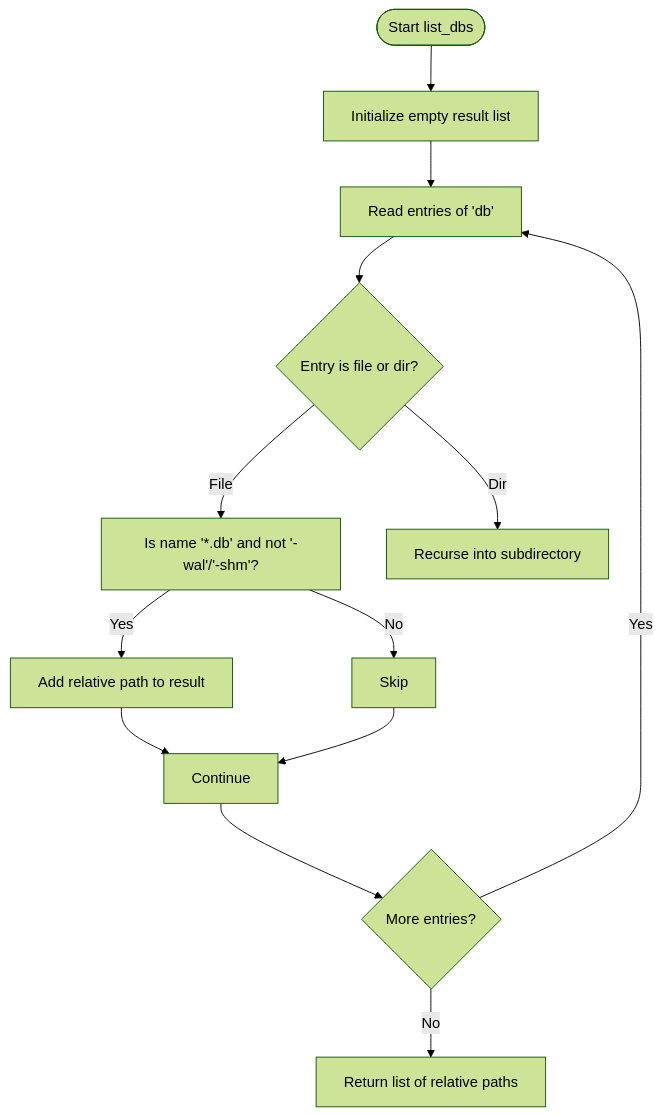
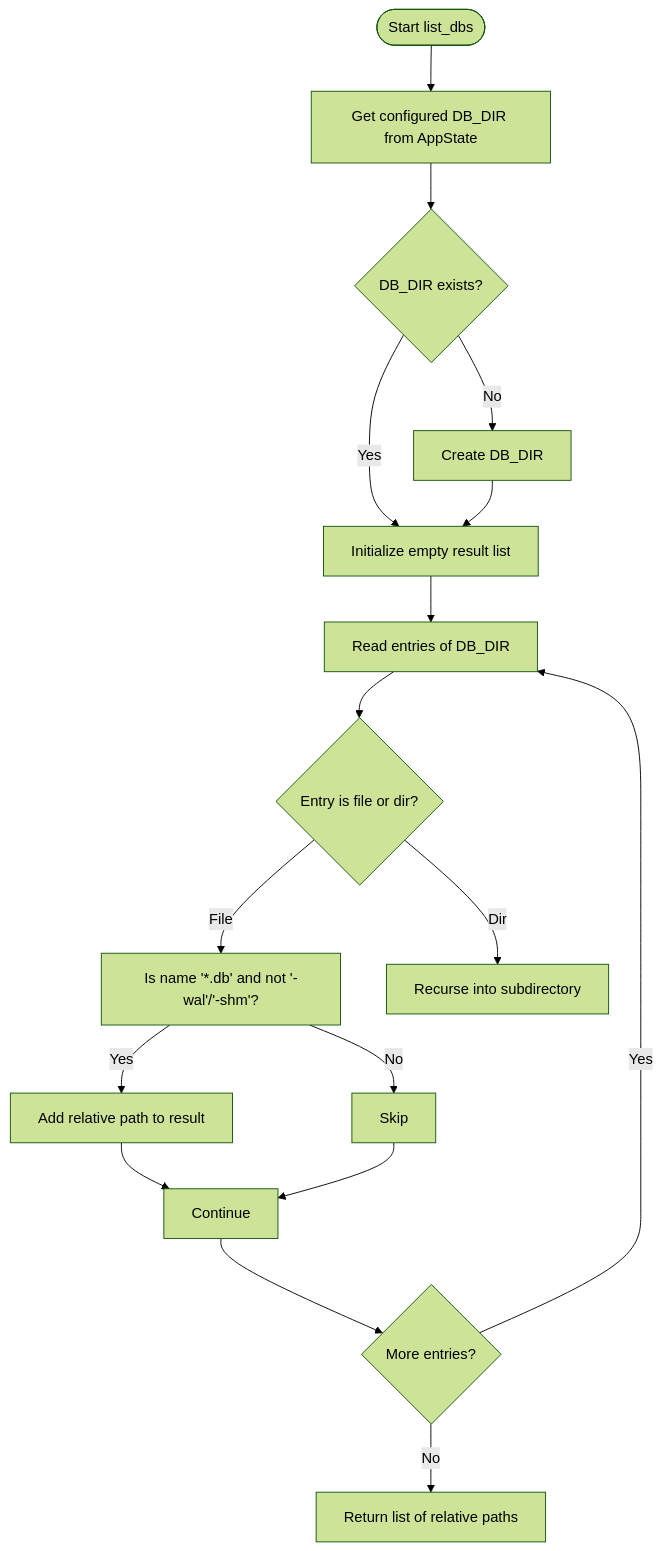
The fourth of 8 diagrams in .qoder/repowiki/en/content/Backend Development/Database Layer & Connection Management.md (sutanto1010/crablite), drawn with Mermaid (forest theme) before and after one commit. The commit also changed other lines of this file and 47 other files, not shown here.

````diff
--- a/.qoder/repowiki/en/content/Backend Development/Database Layer & Connection Management.md
+++ b/.qoder/repowiki/en/content/Backend Development/Database Layer & Connection Management.md
@@ -160,15 +177,19 @@
 ```mermaid
 flowchart TD
-S(["Start list_dbs"]) --> Init["Initialize empty result list"]
-Init --> ReadDir["Read entries of 'db'"]
+S(["Start list_dbs"]) --> GetDBDir["Get configured DB_DIR from AppState"]
+GetDBDir --> CheckDBDir{"DB_DIR exists?"}
+CheckDBDir --> |No| CreateDBDir["Create DB_DIR"]
+CheckDBDir --> |Yes| Init["Initialize empty result list"]
+CreateDBDir --> Init
+Init --> ReadDir["Read entries of DB_DIR"]
 ReadDir --> ForEach{"Entry is file or dir?"}
 ForEach --> |File| CheckExt["Is name '*.db' and not '-wal'/'-shm'?"]
 CheckExt --> |Yes| AddRel["Add relative path to result"]
 CheckExt --> |No| Next1["Skip"]
 ForEach --> |Dir| Recurse["Recurse into subdirectory"]
 AddRel --> Next2["Continue"]
 Next1 --> Next2
 Next2 --> More{"More entries?"}
 More --> |Yes| ReadDir
 More --> |No| Return["Return list of relative paths"]
 ```
````
